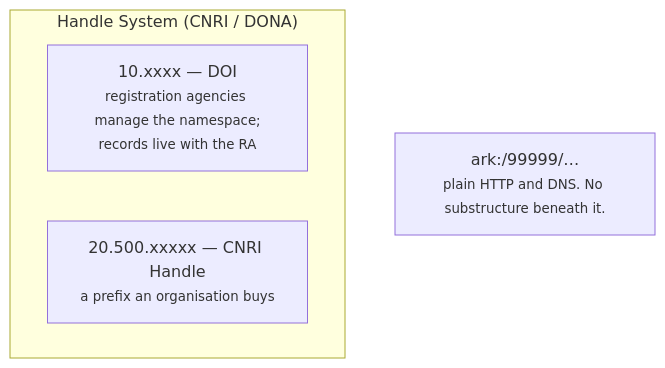
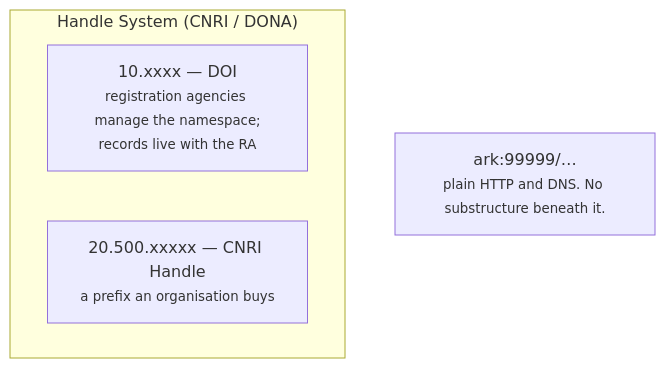
One commit to RCOSDP/arkhe changed the diagram in docs/concepts/ark.md. Above: the diagram before and after it, drawn with Mermaid. The commit also changed other lines of this file and 75 other files, not shown here.

````diff
--- a/docs/concepts/ark.md
+++ b/docs/concepts/ark.md
@@ -18,8 +18,8 @@
 ```mermaid
 flowchart TB
     subgraph H["Handle System (CNRI / DONA)"]
         DOI["10.xxxx — DOI<br/><small>registration agencies manage the namespace;<br/>records live with the RA</small>"]
         HDL["20.500.xxxxx — CNRI Handle<br/><small>a prefix an organisation buys</small>"]
     end
-    ARK["ark:/99999/…<br/><small>plain HTTP and DNS. No substructure beneath it.</small>"]
+    ARK["ark:99999/…<br/><small>plain HTTP and DNS. No substructure beneath it.</small>"]
 ```
````
